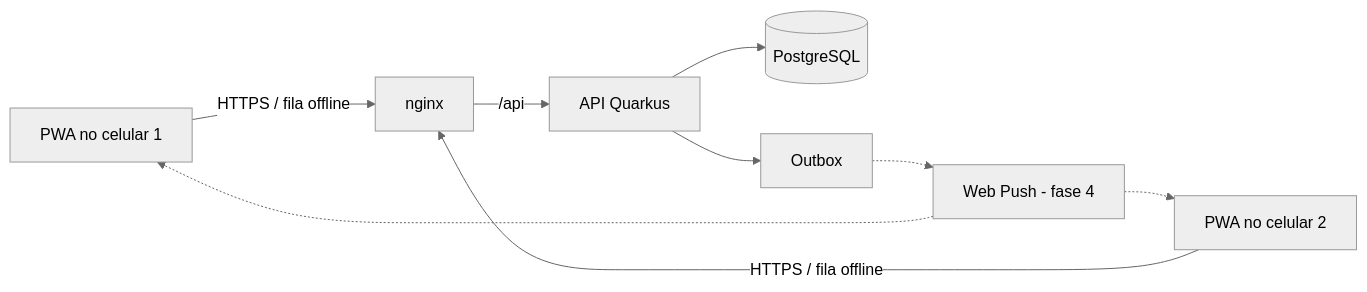
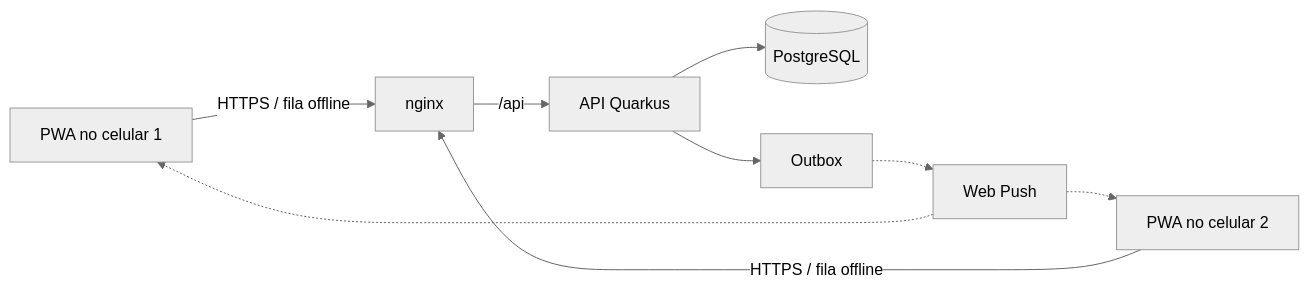
Before and after one commit to leandro-costa/remedios: the diagram in README.md, drawn with Mermaid (neutral theme). The commit also changed other lines of this file and 48 other files, not shown here.

First line of the commit message:
Fase 4: lembretes e avisos por Web Push

````diff
--- a/README.md
+++ b/README.md
@@ -27,9 +28,9 @@
 ```mermaid
 flowchart LR
     A[PWA no celular 1] -- HTTPS / fila offline --> W[nginx]
     B[PWA no celular 2] -- HTTPS / fila offline --> W
     W -- /api --> API[API Quarkus]
     API --> PG[(PostgreSQL)]
     API --> OUT[Outbox]
-    OUT -.-> PUSH[Web Push - fase 4] -.-> A & B
+    OUT -.-> PUSH[Web Push] -.-> A & B
 ```
````
